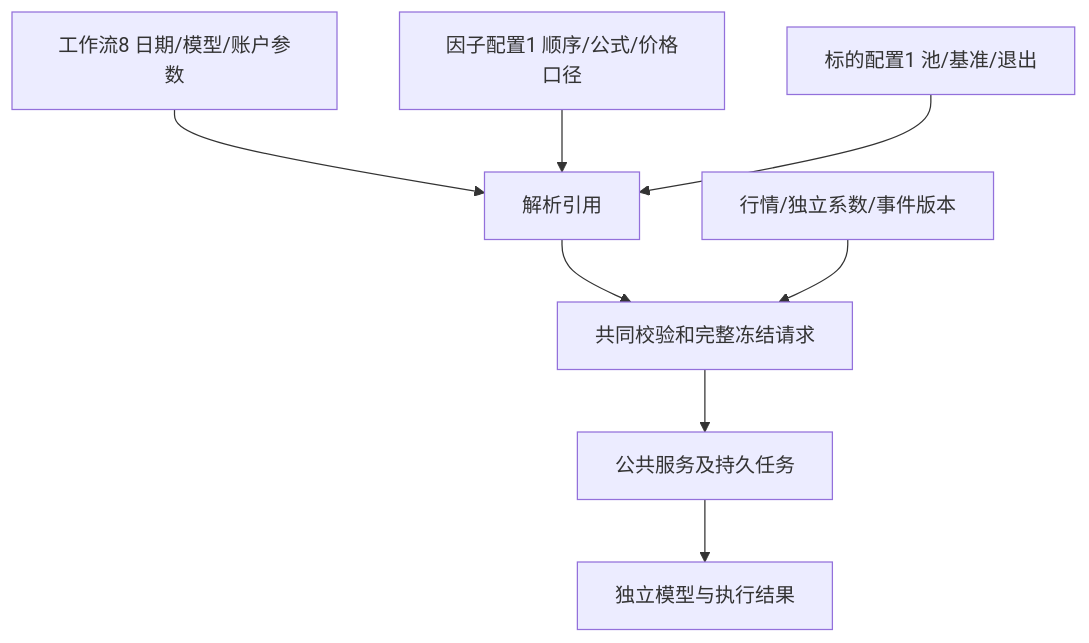
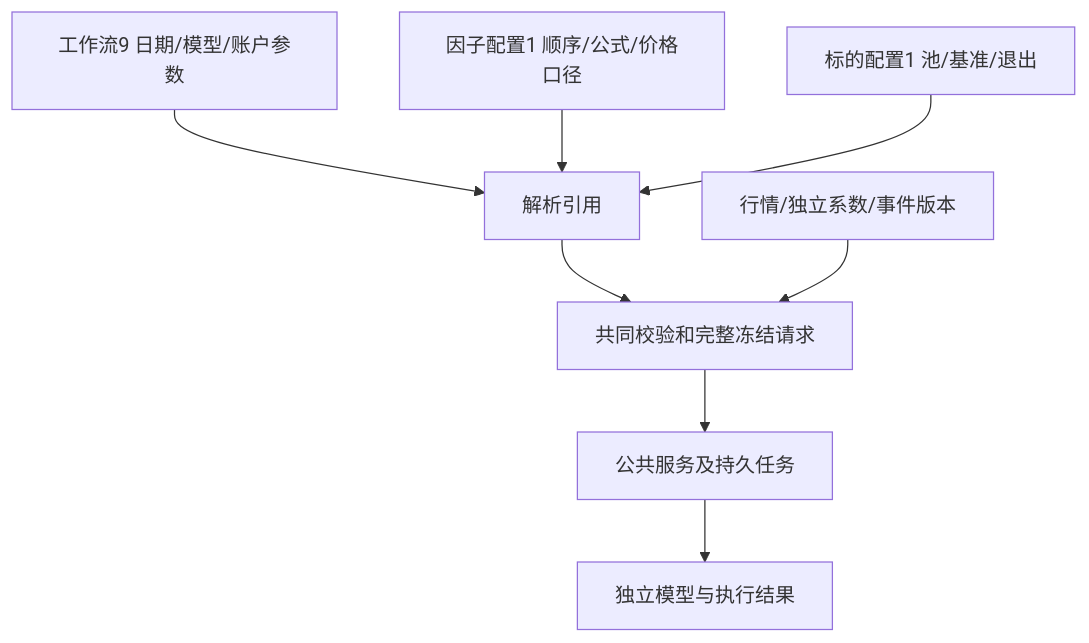
One commit to Dennishaha/JFQuant changed the sixth of 10 diagrams in crates/workflow/README.md. Above: the diagram before and after it, drawn with Mermaid. The commit also changed other lines of this file and 78 other files, not shown here.

````diff
--- a/crates/workflow/README.md
+++ b/crates/workflow/README.md
@@ -240,10 +240,10 @@
 ```mermaid
 flowchart TD
-  W[工作流8 日期/模型/账户参数] --> R[解析引用]
+  W[工作流9 日期/模型/账户参数] --> R[解析引用]
   F[因子配置1 顺序/公式/价格口径] --> R
   U[标的配置1 池/基准/退出] --> R
   R --> T[共同校验和完整冻结请求]
   D[行情/独立系数/事件版本] --> T
   T --> S[公共服务及持久任务]
   S --> O[独立模型与执行结果]
 ```
````
